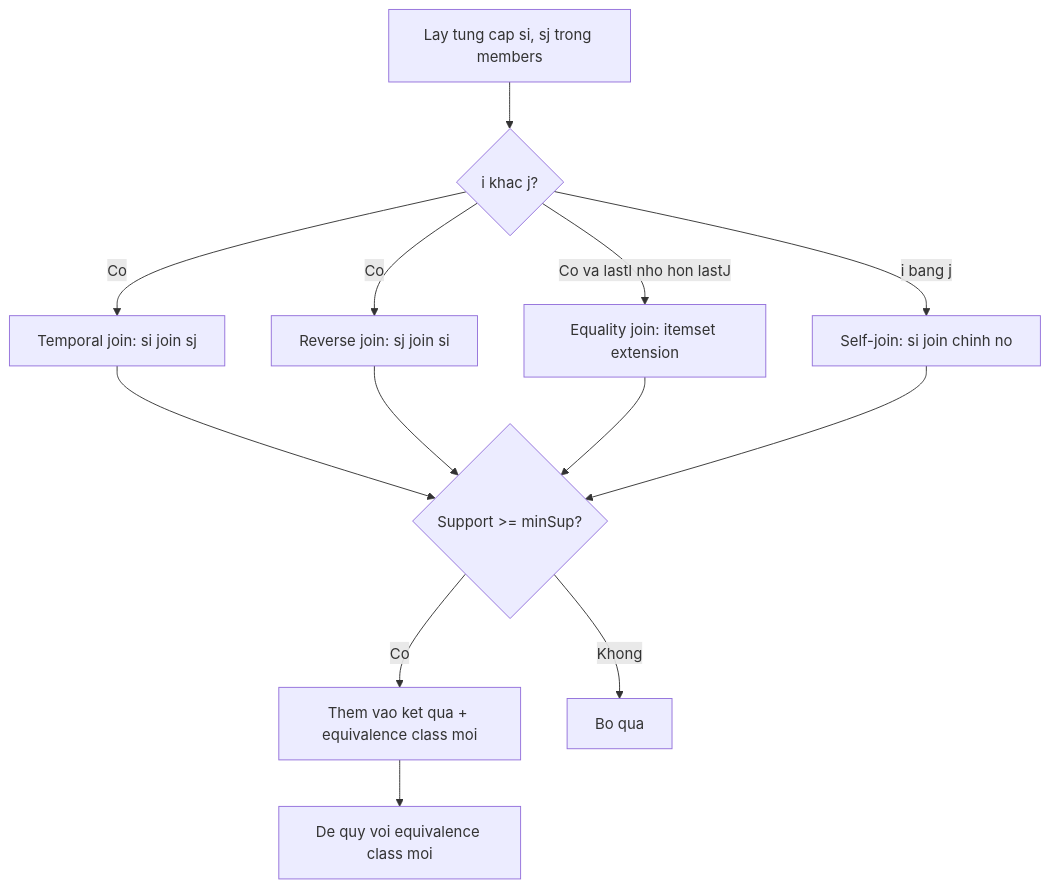
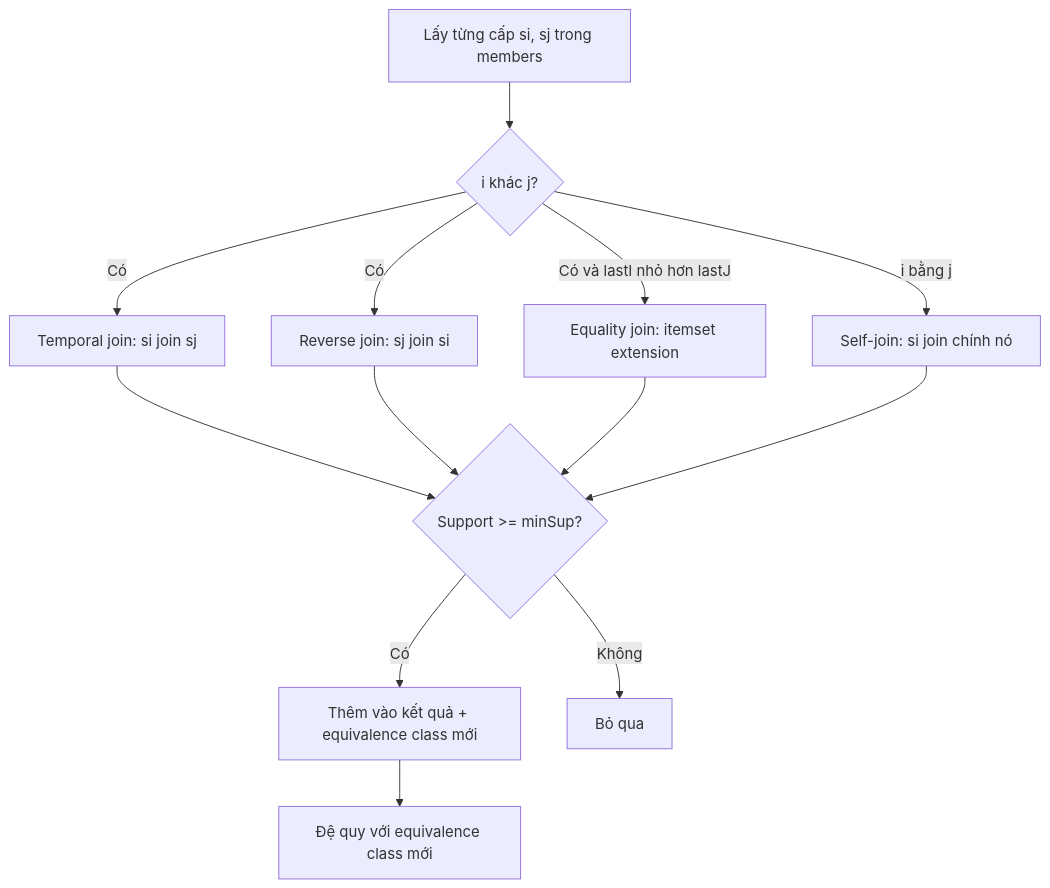
One commit to FinDaHuman/weka-spade changed the third of 4 diagrams in spade_reproduction_guide.md. Above: the diagram before and after it, drawn with Mermaid. The commit also changed other lines of this file and 2 other files, not shown here.

````diff
--- a/spade_reproduction_guide.md
+++ b/spade_reproduction_guide.md
@@ -311,15 +313,15 @@
 ```mermaid
 flowchart TD
-    A["Lay tung cap si, sj trong members"] --> B{"i khac j?"}
-    B -->|Co| C["Temporal join: si join sj"]
-    B -->|Co| D["Reverse join: sj join si"]
-    B -->|Co va lastI nho hon lastJ| E["Equality join: itemset extension"]
-    B -->|i bang j| F["Self-join: si join chinh no"]
+    A["Lấy từng cấp si, sj trong members"] --> B{"i khác j?"}
+    B -->|Có| C["Temporal join: si join sj"]
+    B -->|Có| D["Reverse join: sj join si"]
+    B -->|Có và lastI nhỏ hơn lastJ| E["Equality join: itemset extension"]
+    B -->|i bằng j| F["Self-join: si join chính nó"]
     C --> G{"Support >= minSup?"}
     D --> G
     E --> G
     F --> G
-    G -->|Co| H["Them vao ket qua + equivalence class moi"]
-    G -->|Khong| I["Bo qua"]
-    H --> J["De quy voi equivalence class moi"]
+    G -->|Có| H["Thêm vào kết quả + equivalence class mới"]
+    G -->|Không| I["Bỏ qua"]
+    H --> J["Đệ quy với equivalence class mới"]
 ```
````
